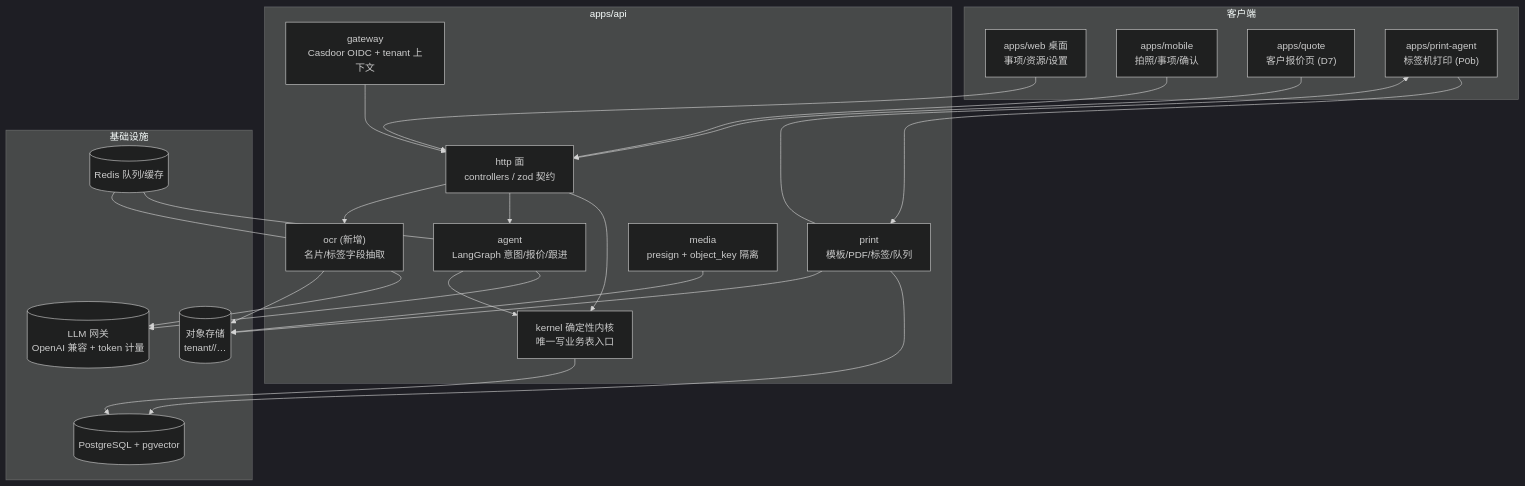
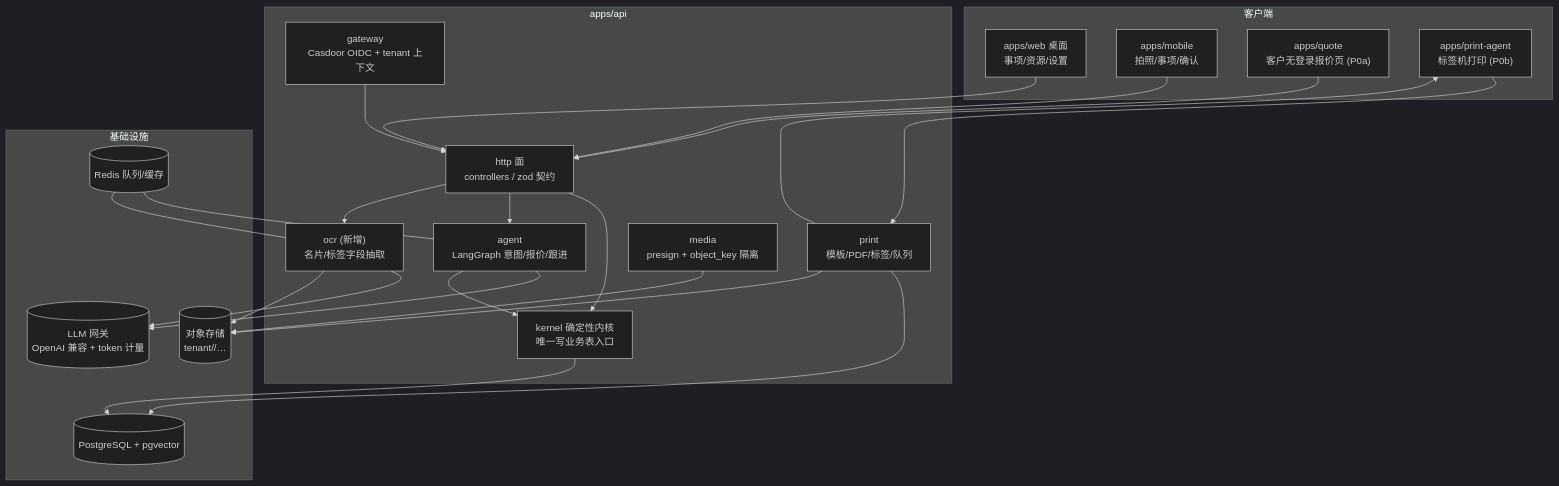
One commit to sjzsdu/weave-order changed the first of 5 diagrams in docs/ai-native-workbench-architecture.md. Above: the diagram before and after it, drawn with Mermaid (dark theme). The commit also changed other lines of this file, not shown here.

Commit message:
docs(architecture): revise per confirmed D1/D3/D4/D7 decisions (WAN-190 v2)

````diff
--- a/docs/ai-native-workbench-architecture.md
+++ b/docs/ai-native-workbench-architecture.md
@@ -47,46 +47,46 @@
 ```mermaid
 flowchart TB
   subgraph Client["客户端"]
     Web["apps/web 桌面<br/>事项/资源/设置"]
     Mobile["apps/mobile<br/>拍照/事项/确认"]
-    QuoteApp["apps/quote<br/>客户报价页 (D7)"]
+    QuoteApp["apps/quote<br/>客户无登录报价页 (P0a)"]
     PrintAgent["apps/print-agent<br/>标签机打印 (P0b)"]
   end
 
   subgraph Api["apps/api"]
     Gateway["gateway<br/>Casdoor OIDC + tenant 上下文"]
     HTTP["http 面<br/>controllers / zod 契约"]
     Kernel["kernel 确定性内核<br/>唯一写业务表入口"]
     Agent["agent<br/>LangGraph 意图/报价/跟进"]
     OCR["ocr (新增)<br/>名片/标签字段抽取"]
     Print["print<br/>模板/PDF/标签/队列"]
     Media["media<br/>presign + object_key 隔离"]
   end
 
   subgraph Infra["基础设施"]
     PG[("PostgreSQL + pgvector")]
     Redis[("Redis 队列/缓存")]
     Store[("对象存储<br/>tenant/<id>/…")]
     LLM[("LLM 网关<br/>OpenAI 兼容 + token 计量")]
   end
 
   Web --> HTTP
   Mobile --> HTTP
   QuoteApp --> HTTP
   PrintAgent --> Print
   Gateway --> HTTP
   HTTP --> Kernel
   HTTP --> Agent
   HTTP --> OCR
   Kernel --> PG
   Agent --> LLM
   Agent --> Kernel
   OCR --> LLM
   OCR --> Store
   Print --> PG
   Print --> Store
   Print --> PrintAgent
   Media --> Store
   Redis --- Agent
   Redis --- OCR
 ```
````
